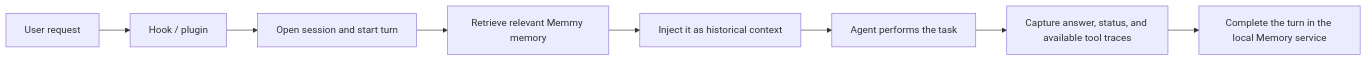
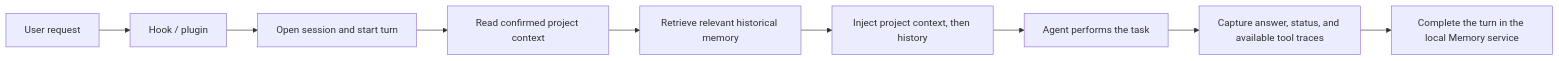
Before and after one commit to MemTensor/memmy-agent: the diagram in docs/en/memory/sources.mdx, drawn with Mermaid. The commit also changed other lines of this file and 8 other files, not shown here.

Commit message:
docs: explain authoritative project context

````diff
--- a/docs/en/memory/sources.mdx
+++ b/docs/en/memory/sources.mdx
@@ -100,10 +108,11 @@
 ```mermaid
 flowchart LR
   Request["User request"] --> Entry["Hook / plugin"]
   Entry --> Start["Open session and start turn"]
-  Start --> Recall["Retrieve relevant Memmy memory"]
-  Recall --> Context["Inject it as historical context"]
+  Start --> Authority["Read confirmed project context"]
+  Authority --> Recall["Retrieve relevant historical memory"]
+  Recall --> Context["Inject project context, then history"]
   Context --> Agent["Agent performs the task"]
   Agent --> Complete["Capture answer, status, and available tool traces"]
   Complete --> Memory["Complete the turn in the local Memory service"]
 ```
````
